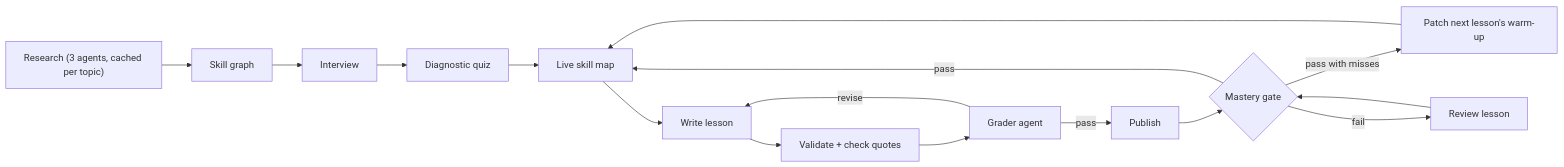
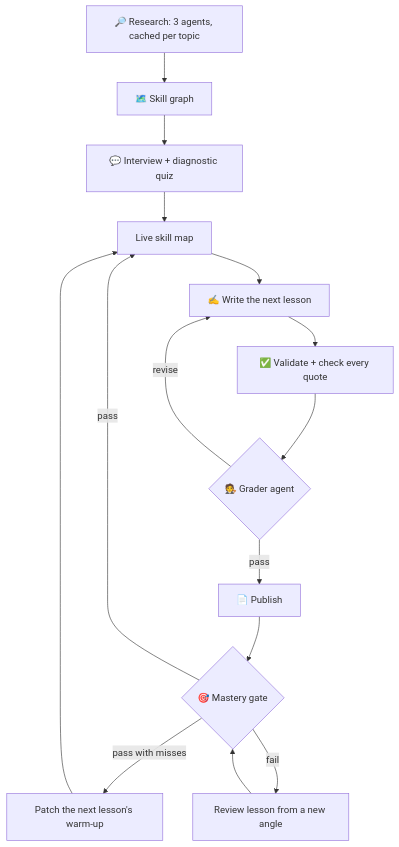
The diagram in README.md (anup-a/roadmap-ai), drawn with Mermaid before and after one commit. The commit also changed 2 other files, not shown here.

Commit message:
docs: top-down flow diagram and tighter lesson screenshots

````diff
--- a/README.md
+++ b/README.md
@@ -123,13 +123,15 @@
 ```mermaid
-flowchart LR
-  R["Research (3 agents, cached per topic)"] --> G[Skill graph]
-  G --> I[Interview] --> D[Diagnostic quiz] --> M[Live skill map]
-  M --> W[Write lesson]
-  W --> V[Validate + check quotes] --> Q[Grader agent]
+flowchart TD
+  R["🔎 Research: 3 agents, cached per topic"] --> G["🗺️ Skill graph"]
+  G --> I["💬 Interview + diagnostic quiz"]
+  I --> M["Live skill map"]
+  M --> W["✍️ Write the next lesson"]
+  W --> V["✅ Validate + check every quote"]
+  V --> Q{"🧑‍⚖️ Grader agent"}
   Q -- revise --> W
-  Q -- pass --> P[Publish]
-  P --> T{Mastery gate}
+  Q -- pass --> P["📄 Publish"]
+  P --> T{"🎯 Mastery gate"}
   T -- pass --> M
-  T -- pass with misses --> PW[Patch next lesson's warm-up] --> M
-  T -- fail --> RL[Review lesson] --> T
+  T -- "pass with misses" --> PW["Patch the next lesson's warm-up"] --> M
+  T -- fail --> RL["Review lesson from a new angle"] --> T
 ```
````
